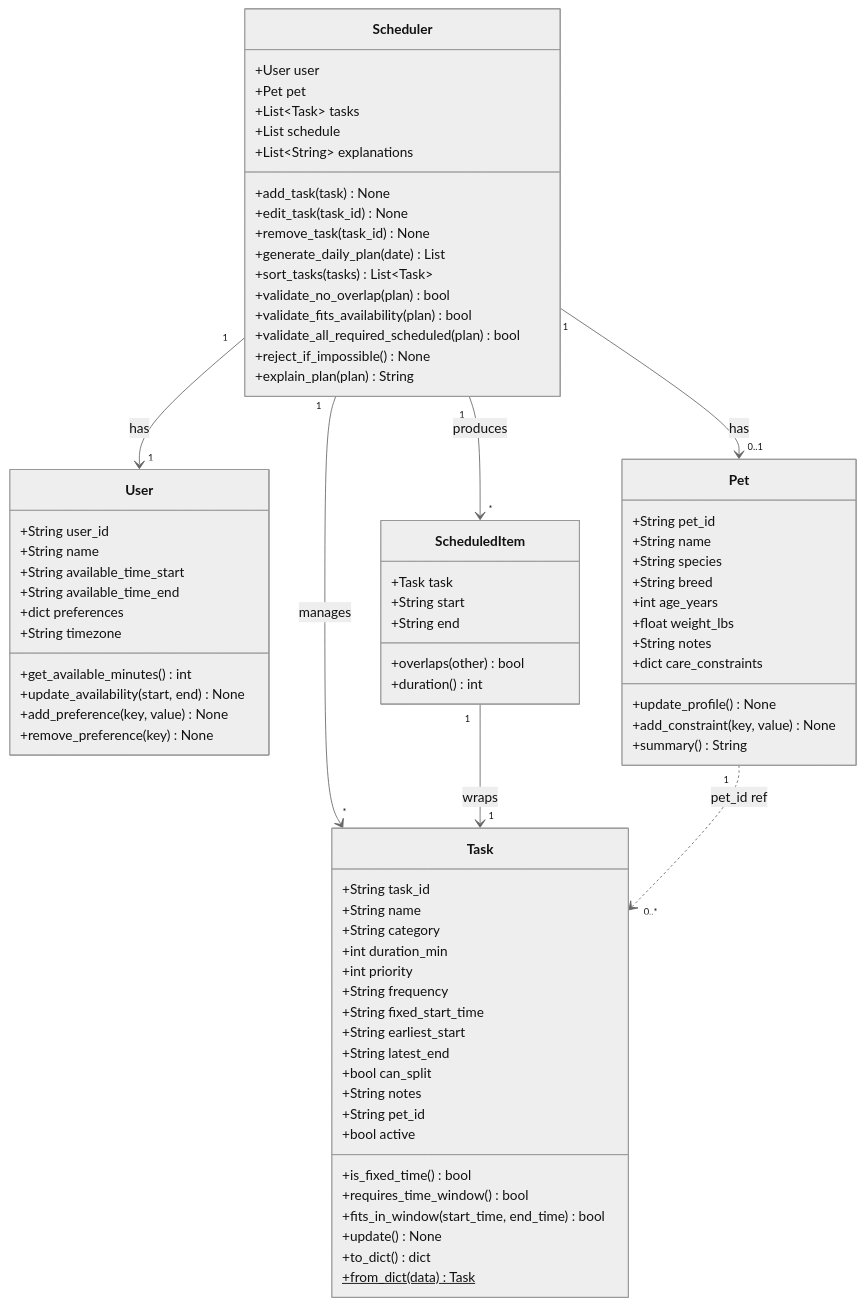
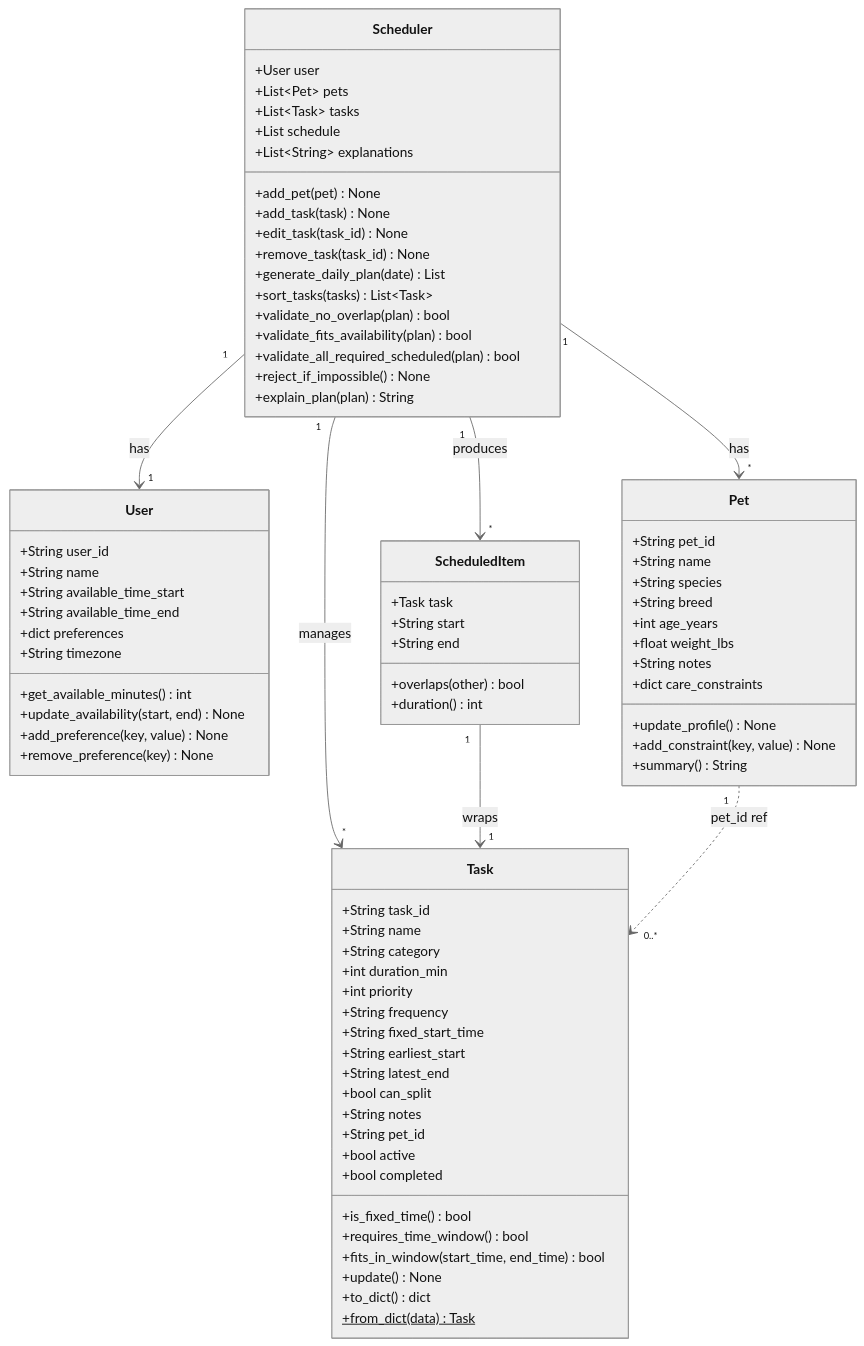
One commit to vanessah-26/ai-show-pawpal-starter changed the diagram in diagrams/uml.mmd. Above: the diagram before and after it, drawn with Mermaid (neutral theme). The commit also changed 6 other files, not shown here.

Commit message:
updated uml and added implementation

```diff
--- a/diagrams/uml.mmd
+++ b/diagrams/uml.mmd
@@ -1,82 +1,84 @@
 classDiagram
     class User {
         +String user_id
         +String name
         +String available_time_start
         +String available_time_end
         +dict preferences
         +String timezone
         +get_available_minutes() int
         +update_availability(start, end) None
         +add_preference(key, value) None
         +remove_preference(key) None
     }
 
     class Pet {
         +String pet_id
         +String name
         +String species
         +String breed
         +int age_years
         +float weight_lbs
         +String notes
         +dict care_constraints
         +update_profile() None
         +add_constraint(key, value) None
         +summary() String
     }
 
     class Task {
         +String task_id
         +String name
         +String category
         +int duration_min
         +int priority
         +String frequency
         +String fixed_start_time
         +String earliest_start
         +String latest_end
         +bool can_split
         +String notes
         +String pet_id
         +bool active
+        +bool completed
         +is_fixed_time() bool
         +requires_time_window() bool
         +fits_in_window(start_time, end_time) bool
         +update() None
         +to_dict() dict
         +from_dict(data)$ Task
     }
 
     class Scheduler {
         +User user
-        +Pet pet
+        +List~Pet~ pets
         +List~Task~ tasks
         +List schedule
         +List~String~ explanations
+        +add_pet(pet) None
         +add_task(task) None
         +edit_task(task_id) None
         +remove_task(task_id) None
         +generate_daily_plan(date) List
         +sort_tasks(tasks) List~Task~
         +validate_no_overlap(plan) bool
         +validate_fits_availability(plan) bool
         +validate_all_required_scheduled(plan) bool
         +reject_if_impossible() None
         +explain_plan(plan) String
     }
 
     class ScheduledItem {
         +Task task
         +String start
         +String end
         +overlaps(other) bool
         +duration() int
     }
 
     Scheduler "1" --> "1" User : has
-    Scheduler "1" --> "0..1" Pet : has
+    Scheduler "1" --> "*" Pet : has
     Scheduler "1" --> "*" Task : manages
     Scheduler "1" --> "*" ScheduledItem : produces
     ScheduledItem "1" --> "1" Task : wraps
     Pet "1" ..> "0..*" Task : pet_id ref
```
